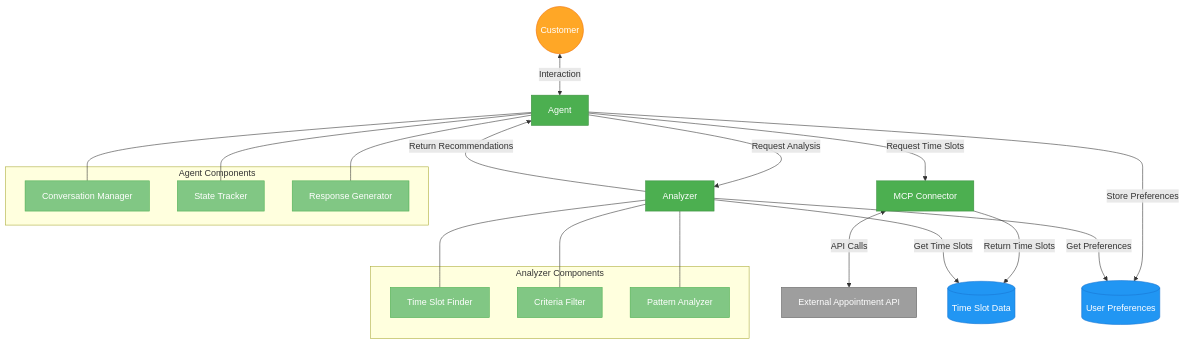
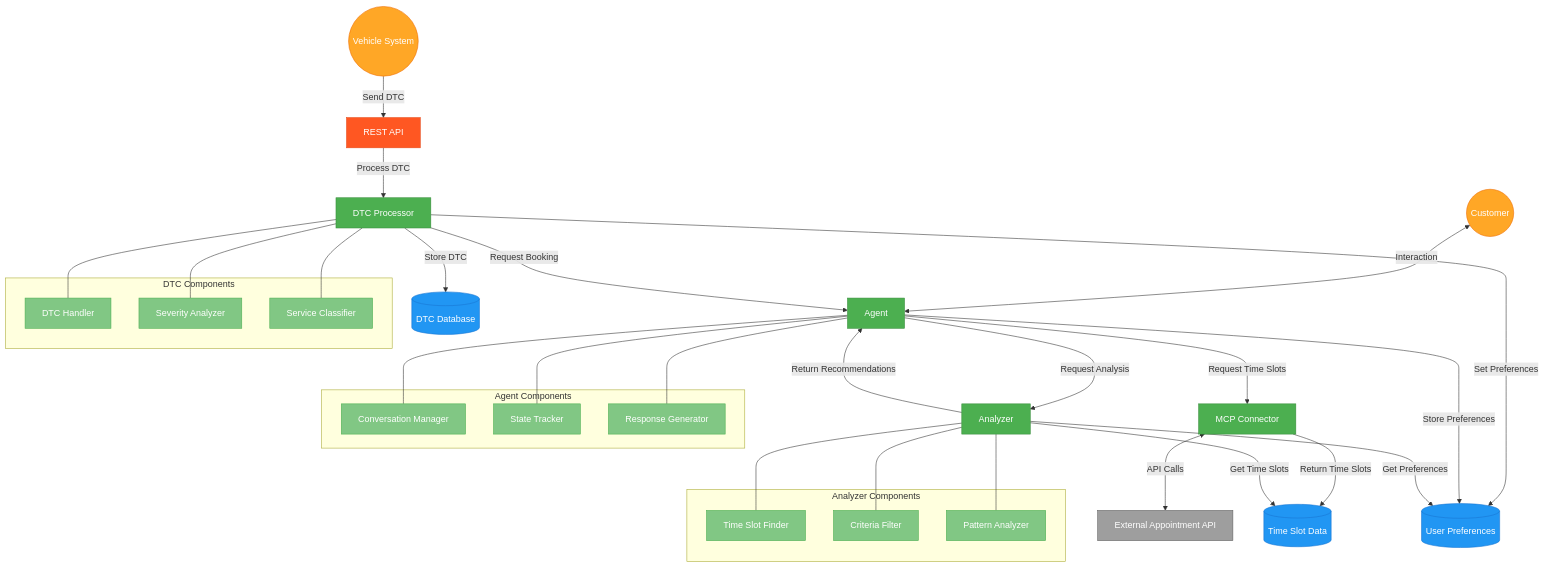
One commit to ssonnad/appoint-a-bot changed the diagram in docs/architecture.md. Above: the diagram before and after it, drawn with Mermaid. The commit also changed other lines of this file and 21 other files, not shown here.

````diff
--- a/docs/architecture.md
+++ b/docs/architecture.md
@@ -19,11 +20,14 @@
     
     %% Define external systems
     ExternalAPI[External Appointment API]
+    VehicleSystem((Vehicle System))
     
     %% Define the main components
     Agent[Agent]
     Analyzer[Analyzer]
     MCPConnector[MCP Connector]
+    DTCProcessor[DTC Processor]
+    RestAPI[REST API]
     
     %% Define subcomponents
     subgraph Agent Components
@@ -38,17 +42,29 @@
         PatternAnalyzer[Pattern Analyzer]
     end
     
+    subgraph DTC Components
+        DTCHandler[DTC Handler]
+        SeverityAnalyzer[Severity Analyzer]
+        ServiceClassifier[Service Classifier]
+    end
+    
     %% Define the data flowing between components
     TimeSlotData[(Time Slot Data)]
     UserPreferences[(User Preferences)]
+    DTCDatabase[(DTC Database)]
     
     %% Define the relationships/flow
     User <-->|Interaction| Agent
+    VehicleSystem -->|Send DTC| RestAPI
+    RestAPI -->|Process DTC| DTCProcessor
+    DTCProcessor -->|Store DTC| DTCDatabase
+    DTCProcessor -->|Set Preferences| UserPreferences
     Agent -->|Store Preferences| UserPreferences
     Agent -->|Request Time Slots| MCPConnector
     MCPConnector <-->|API Calls| ExternalAPI
     MCPConnector -->|Return Time Slots| TimeSlotData
     Agent -->|Request Analysis| Analyzer
+    DTCProcessor -->|Request Booking| Agent
     Analyzer -->|Get Time Slots| TimeSlotData
     Analyzer -->|Get Preferences| UserPreferences
     Analyzer -->|Return Recommendations| Agent
@@ -60,6 +76,9 @@
     Analyzer --- TimeSlotFinder
     Analyzer --- CriteriaFilter
     Analyzer --- PatternAnalyzer
+    DTCProcessor --- DTCHandler
+    DTCProcessor --- SeverityAnalyzer
+    DTCProcessor --- ServiceClassifier
     
     %% Define styles
     classDef component fill:#4CAF50,stroke:#388E3C,color:white;
@@ -67,11 +86,13 @@
     classDef data fill:#2196F3,stroke:#1976D2,color:white;
     classDef subcomponent fill:#81C784,stroke:#4CAF50,color:white;
     classDef user fill:#FFA726,stroke:#EF6C00,color:white;
+    classDef api fill:#FF5722,stroke:#E64A19,color:white;
     
     %% Apply styles
-    class User user;
-    class Agent,Analyzer,MCPConnector component;
+    class User,VehicleSystem user;
+    class Agent,Analyzer,MCPConnector,DTCProcessor component;
     class ExternalAPI external;
-    class TimeSlotData,UserPreferences data;
-    class ConversationManager,StateTracker,ResponseGenerator,TimeSlotFinder,CriteriaFilter,PatternAnalyzer subcomponent;
+    class TimeSlotData,UserPreferences,DTCDatabase data;
+    class ConversationManager,StateTracker,ResponseGenerator,TimeSlotFinder,CriteriaFilter,PatternAnalyzer,DTCHandler,SeverityAnalyzer,ServiceClassifier subcomponent;
+    class RestAPI api;
 ```
````
